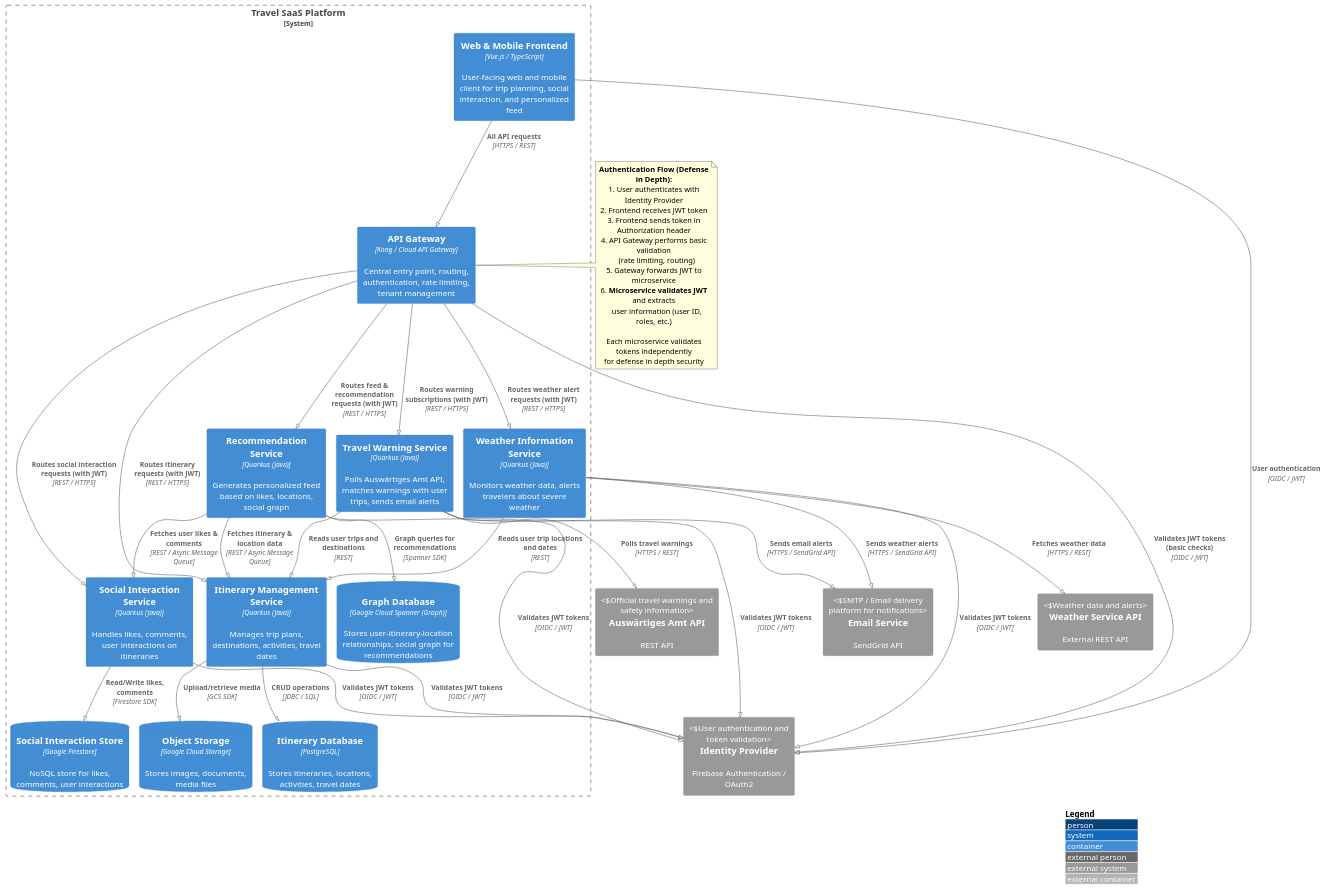
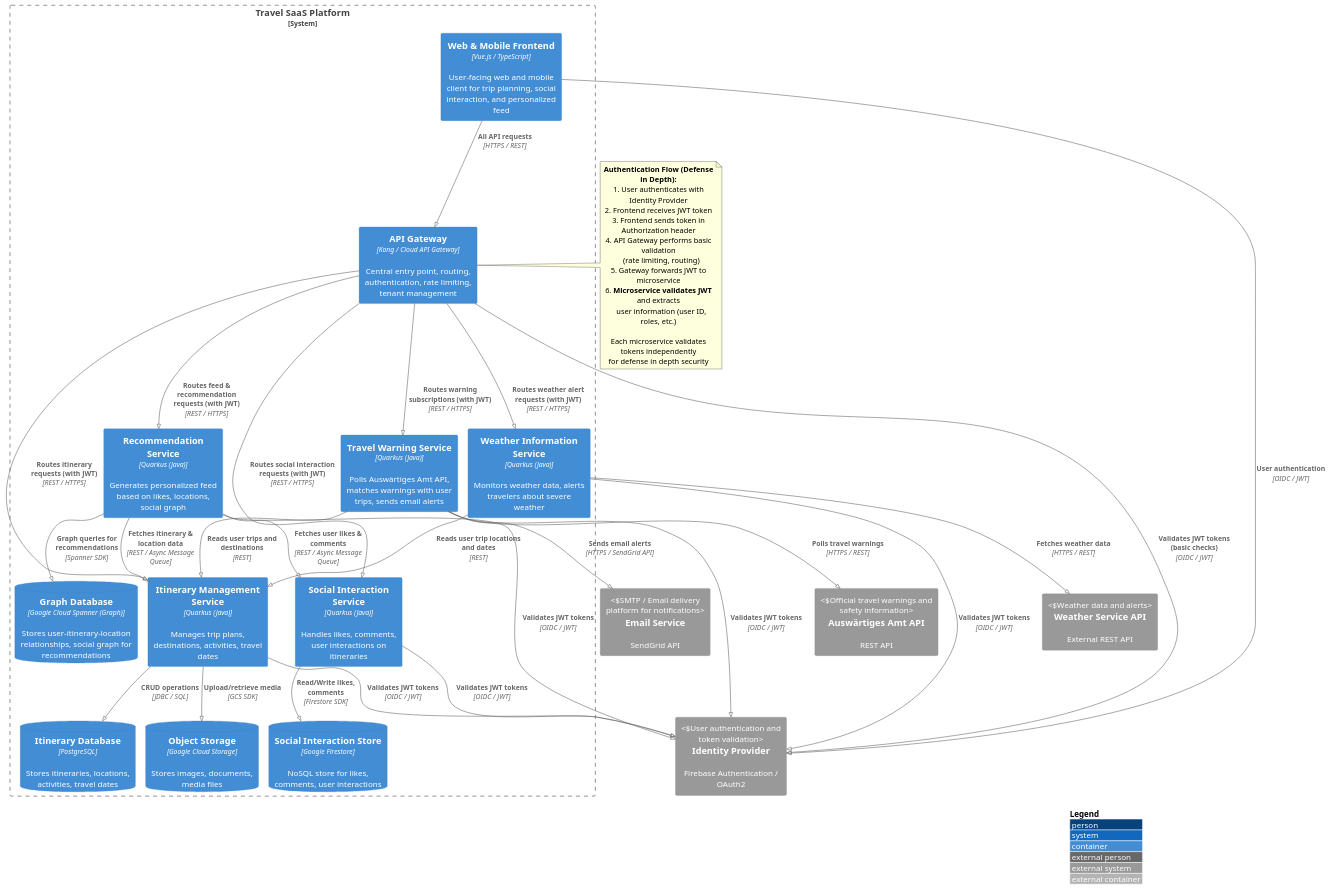
Before and after one commit to leotschritter/cad-backend: the diagram in docs/diagrams/software-architecture/03_software_architecture_diagram.puml, drawn with PlantUML.

Commit message:
docs: remove weather alert relationship from architecture diagram

```diff
--- a/docs/diagrams/software-architecture/03_software_architecture_diagram.puml
+++ b/docs/diagrams/software-architecture/03_software_architecture_diagram.puml
@@ -1,88 +1,87 @@
 @startuml
 !include <C4/C4_Container>
 
 LAYOUT_WITH_LEGEND()
 !pragma layout smetana
 
 System_Boundary(travelSaaS, "Travel SaaS Platform") {
 
     ' Frontend
     Container(frontend, "Web & Mobile Frontend", "Vue.js / TypeScript", "User-facing web and mobile client for trip planning, social interaction, and personalized feed")
 
     ' API Gateway
     Container(apiGateway, "API Gateway", "Kong / Cloud API Gateway", "Central entry point, routing, authentication, rate limiting, tenant management")
 
     ' Microservices
     Container(itineraryService, "Itinerary Management Service", "Quarkus (Java)", "Manages trip plans, destinations, activities, travel dates")
     Container(socialService, "Social Interaction Service", "Quarkus (Java)", "Handles likes, comments, user interactions on itineraries")
     Container(recommendationService, "Recommendation Service", "Quarkus (Java)", "Generates personalized feed based on likes, locations, social graph")
     Container(travelWarningService, "Travel Warning Service", "Quarkus (Java)", "Polls Auswärtiges Amt API, matches warnings with user trips, sends email alerts")
     Container(weatherWarningService, "Weather Information Service", "Quarkus (Java)", "Monitors weather data, alerts travelers about severe weather")
 
     ' Datastores
     ContainerDb(itineraryDb, "Itinerary Database", "PostgreSQL", "Stores itineraries, locations, activities, travel dates")
     ContainerDb(objectStorage, "Object Storage", "Google Cloud Storage", "Stores images, documents, media files")
     ContainerDb(socialDb, "Social Interaction Store", "Google Firestore", "NoSQL store for likes, comments, user interactions")
     ContainerDb(recommendationDb, "Graph Database", "Google Cloud Spanner (Graph)", "Stores user-itinerary-location relationships, social graph for recommendations")
 }
 
 ' External Systems
 System_Ext(identity, "Identity Provider", "Firebase Authentication / OAuth2", "User authentication and token validation")
 System_Ext(auswaertigesAmt, "Auswärtiges Amt API", "REST API", "Official travel warnings and safety information")
 System_Ext(emailApi, "Email Service", "SendGrid API", "SMTP / Email delivery platform for notifications")
 System_Ext(weatherApi, "Weather Service API", "External REST API", "Weather data and alerts")
 
 ' Frontend Relationships
 Rel(frontend, identity, "User authentication", "OIDC / JWT")
 Rel(frontend, apiGateway, "All API requests", "HTTPS / REST")
 
 ' API Gateway to Microservices
 Rel(apiGateway, itineraryService, "Routes itinerary requests (with JWT)", "REST / HTTPS")
 Rel(apiGateway, socialService, "Routes social interaction requests (with JWT)", "REST / HTTPS")
 Rel(apiGateway, recommendationService, "Routes feed & recommendation requests (with JWT)", "REST / HTTPS")
 Rel(apiGateway, travelWarningService, "Routes warning subscriptions (with JWT)", "REST / HTTPS")
 Rel(apiGateway, weatherWarningService, "Routes weather alert requests (with JWT)", "REST / HTTPS")
 
 ' Microservices to Datastores
 Rel(itineraryService, itineraryDb, "CRUD operations", "JDBC / SQL")
 Rel(itineraryService, objectStorage, "Upload/retrieve media", "GCS SDK")
 Rel(socialService, socialDb, "Read/Write likes, comments", "Firestore SDK")
 Rel(recommendationService, recommendationDb, "Graph queries for recommendations", "Spanner SDK")
 
 ' Service-to-Service Communication
 Rel(recommendationService, socialService, "Fetches user likes & comments", "REST / Async Message Queue")
 Rel(recommendationService, itineraryService, "Fetches itinerary & location data", "REST / Async Message Queue")
 Rel(travelWarningService, itineraryService, "Reads user trips and destinations", "REST")
 Rel(weatherWarningService, itineraryService, "Reads user trip locations and dates", "REST")
 
 ' External Service Relationships
 Rel(apiGateway, identity, "Validates JWT tokens (basic checks)", "OIDC / JWT")
 Rel(travelWarningService, auswaertigesAmt, "Polls travel warnings", "HTTPS / REST")
 Rel(travelWarningService, emailApi, "Sends email alerts", "HTTPS / SendGrid API")
 Rel(weatherWarningService, weatherApi, "Fetches weather data", "HTTPS / REST")
-Rel(weatherWarningService, emailApi, "Sends weather alerts", "HTTPS / SendGrid API")
 
 ' Microservices to Identity Provider for token validation
 Rel(itineraryService, identity, "Validates JWT tokens", "OIDC / JWT")
 Rel(socialService, identity, "Validates JWT tokens", "OIDC / JWT")
 Rel(recommendationService, identity, "Validates JWT tokens", "OIDC / JWT")
 Rel(travelWarningService, identity, "Validates JWT tokens", "OIDC / JWT")
 Rel(weatherWarningService, identity, "Validates JWT tokens", "OIDC / JWT")
 
 ' Note about authentication flow
 note right of apiGateway
   **Authentication Flow (Defense in Depth):**
   1. User authenticates with Identity Provider
   2. Frontend receives JWT token
   3. Frontend sends token in Authorization header
   4. API Gateway performs basic validation
      (rate limiting, routing)
   5. Gateway forwards JWT to microservice
   6. **Microservice validates JWT** and extracts
      user information (user ID, roles, etc.)
 
   Each microservice validates tokens independently
   for defense in depth security
 end note
 
 @enduml
```
